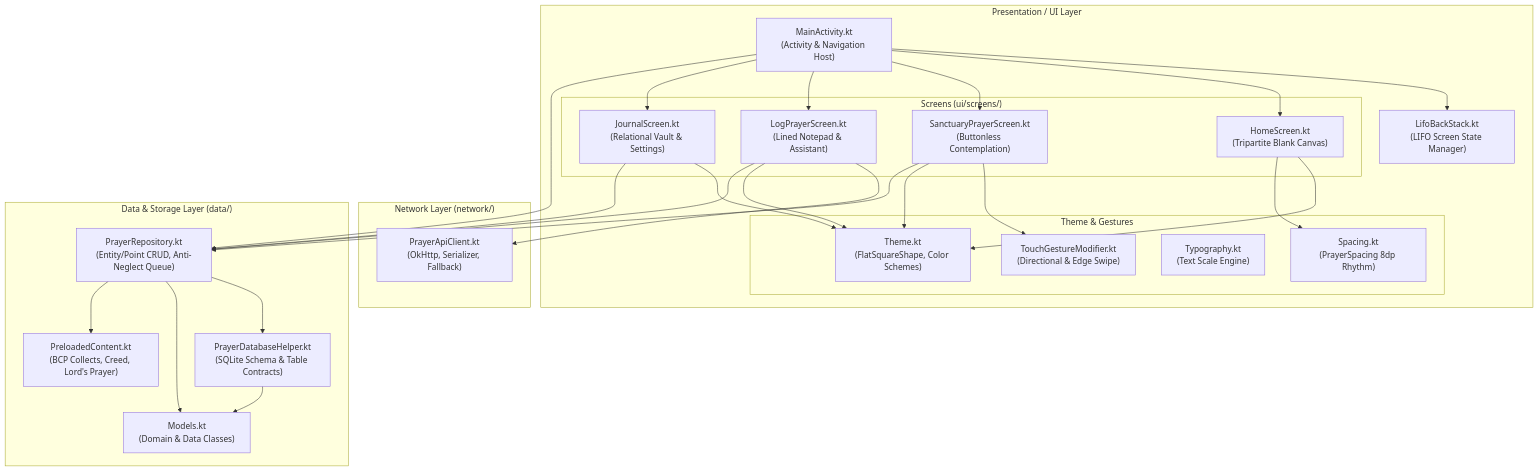
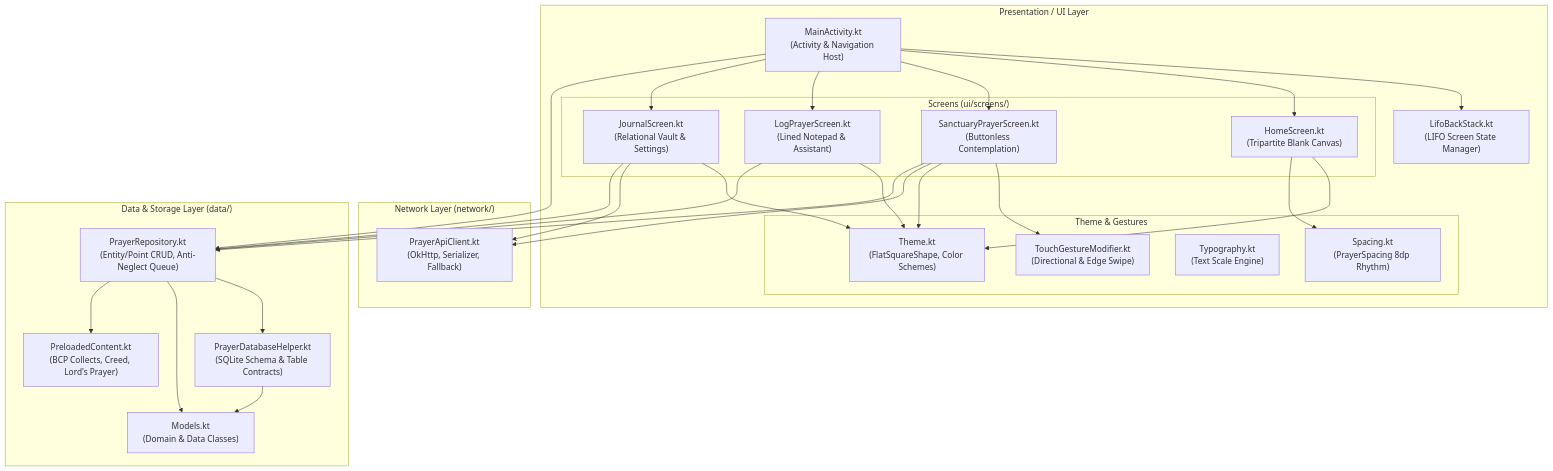
The fifth of 9 diagrams in planning/codebase_knowledge_graph.md (iamenianc/Prayer), drawn with Mermaid before and after one commit. The commit also changed other lines of this file and 47 other files, not shown here.

````diff
--- a/planning/codebase_knowledge_graph.md
+++ b/planning/codebase_knowledge_graph.md
@@ -273,56 +271,57 @@
 ```mermaid
 graph TD
     subgraph UI_Layer ["Presentation / UI Layer"]
         MAIN["MainActivity.kt<br/>(Activity & Navigation Host)"]
         LIFO["LifoBackStack.kt<br/>(LIFO Screen State Manager)"]
         
         subgraph Screens ["Screens (ui/screens/)"]
             HOME["HomeScreen.kt<br/>(Tripartite Blank Canvas)"]
             SANCTUARY["SanctuaryPrayerScreen.kt<br/>(Buttonless Contemplation)"]
             LOG["LogPrayerScreen.kt<br/>(Lined Notepad & Assistant)"]
             JOURNAL["JournalScreen.kt<br/>(Relational Vault & Settings)"]
         end
 
         subgraph Theme_Gestures ["Theme & Gestures"]
             THEME["Theme.kt<br/>(FlatSquareShape, Color Schemes)"]
             SPACING["Spacing.kt<br/>(PrayerSpacing 8dp Rhythm)"]
             TYPO["Typography.kt<br/>(Text Scale Engine)"]
             GESTURES["TouchGestureModifier.kt<br/>(Directional & Edge Swipe)"]
         end
     end
 
     subgraph Network_Layer ["Network Layer (network/)"]
         API_CLIENT["PrayerApiClient.kt<br/>(OkHttp, Serializer, Fallback)"]
     end
 
     subgraph Data_Layer ["Data & Storage Layer (data/)"]
         REPO["PrayerRepository.kt<br/>(Entity/Point CRUD, Anti-Neglect Queue)"]
         DB_HELPER["PrayerDatabaseHelper.kt<br/>(SQLite Schema & Table Contracts)"]
         MODELS["Models.kt<br/>(Domain & Data Classes)"]
         PRELOADED["PreloadedContent.kt<br/>(BCP Collects, Creed, Lord's Prayer)"]
     end
 
     MAIN --> LIFO
     MAIN --> HOME
     MAIN --> SANCTUARY
     MAIN --> LOG
     MAIN --> JOURNAL
     
     HOME --> THEME
     HOME --> SPACING
     SANCTUARY --> GESTURES
     SANCTUARY --> THEME
-    LOG --> API_CLIENT
+    SANCTUARY --> API_CLIENT
     LOG --> THEME
     JOURNAL --> THEME
+    JOURNAL --> API_CLIENT
 
     MAIN --> REPO
     LOG --> REPO
     JOURNAL --> REPO
     SANCTUARY --> REPO
 
     REPO --> DB_HELPER
     REPO --> MODELS
     REPO --> PRELOADED
     DB_HELPER --> MODELS
 ```
````
